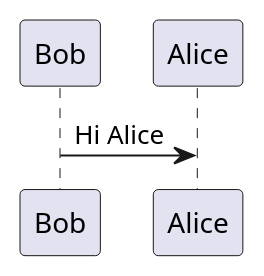
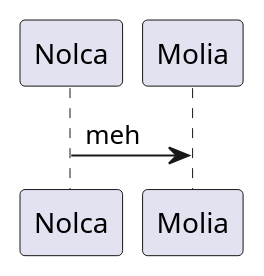
The third of 3 diagrams in tests/example.md (AClon314/pandoc-figure-caption-patch), drawn with PlantUML before and after one commit. The commit also changed other lines of this file and 1 other file, not shown here.

````diff
--- a/tests/example.md
+++ b/tests/example.md
@@ -32,5 +38,5 @@
 ```plantuml
 @startuml
-Bob->Alice: Hi Alice
+Nolca -> Molia: meh
 @enduml
 ```
````
